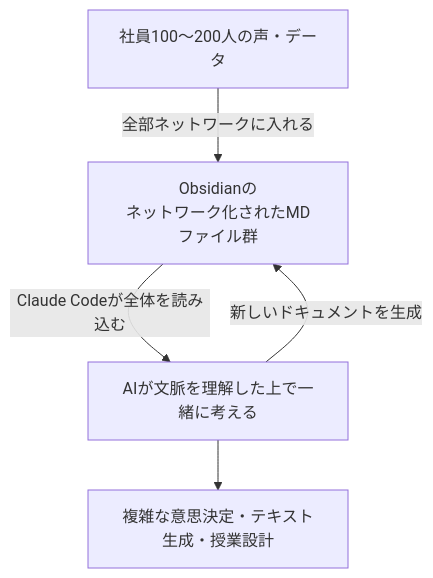
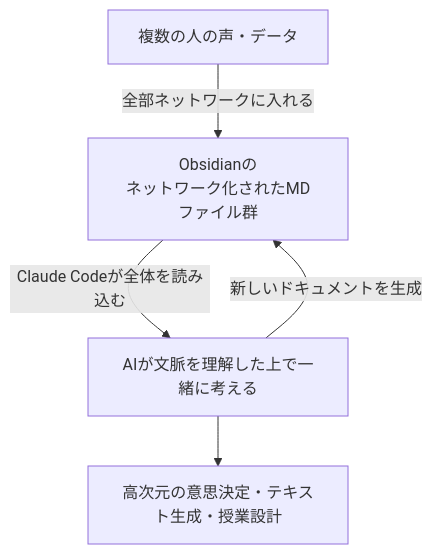
The fourth of 6 diagrams in 第3回_かえつ有明AI研修.md (VOMOYA/kaetsu-ai-kenshu), drawn with Mermaid before and after one commit. The commit also changed other lines of this file, not shown here.

````diff
--- a/第3回_かえつ有明AI研修.md
+++ b/第3回_かえつ有明AI研修.md
@@ -233,7 +245,7 @@
 ```mermaid
 graph TD
   A[Obsidianの<br/>ネットワーク化されたMDファイル群] -->|Claude Codeが全体を読み込む| B[AIが文脈を理解した上で一緒に考える]
   B -->|新しいドキュメントを生成| A
-  C[社員100〜200人の声・データ] -->|全部ネットワークに入れる| A
-  B --> D[複雑な意思決定・テキスト生成・授業設計]
+  C[複数の人の声・データ] -->|全部ネットワークに入れる| A
+  B --> D[高次元の意思決定・テキスト生成・授業設計]
 ```
````
